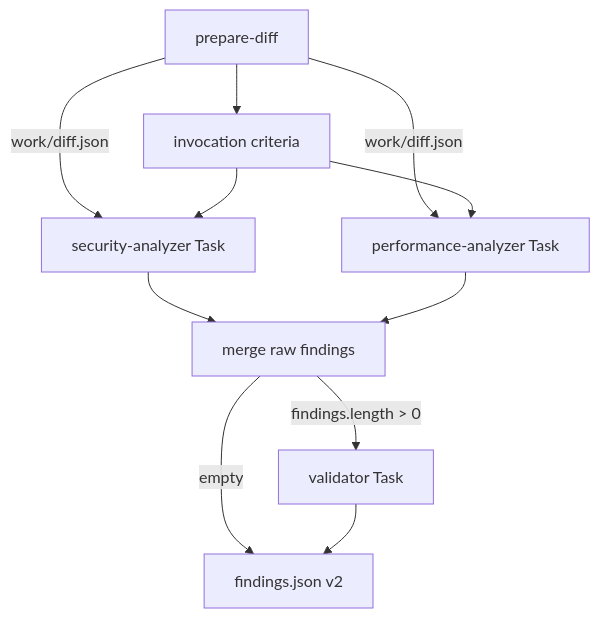
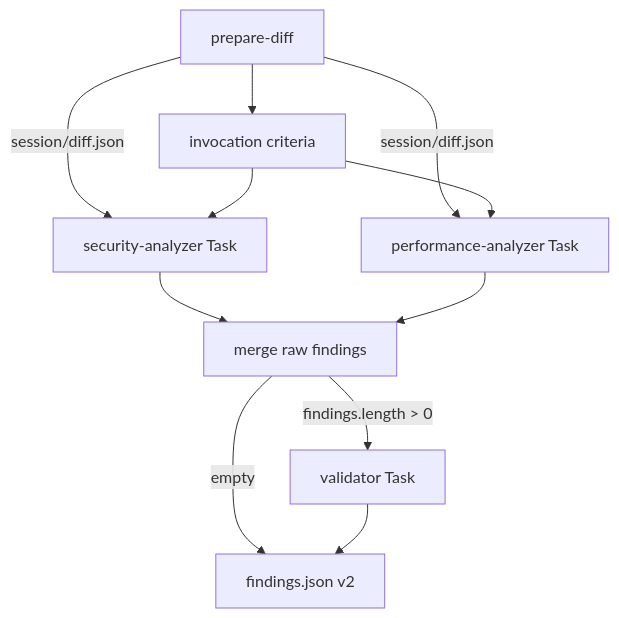
One commit to facundotolosa/bugbot-application changed the diagram in .cursor/skills/ai-code-review/SKILL.md. Above: the diagram before and after it, drawn with Mermaid. The commit also changed other lines of this file and 5 other files, not shown here.

````diff
--- a/.cursor/skills/ai-code-review/SKILL.md
+++ b/.cursor/skills/ai-code-review/SKILL.md
@@ -16,21 +16,21 @@
 ```mermaid
 flowchart TB
   PD[prepare-diff]
   IC[invocation criteria]
   SEC[security-analyzer Task]
   PERF[performance-analyzer Task]
   RAW[merge raw findings]
   VAL[validator Task]
   OUT[findings.json v2]
 
   PD --> IC
-  PD -->|work/diff.json| SEC
-  PD -->|work/diff.json| PERF
+  PD -->|session/diff.json| SEC
+  PD -->|session/diff.json| PERF
   IC --> SEC
   IC --> PERF
   SEC --> RAW
   PERF --> RAW
   RAW -->|findings.length > 0| VAL
   RAW -->|empty| OUT
   VAL --> OUT
 ```
````
